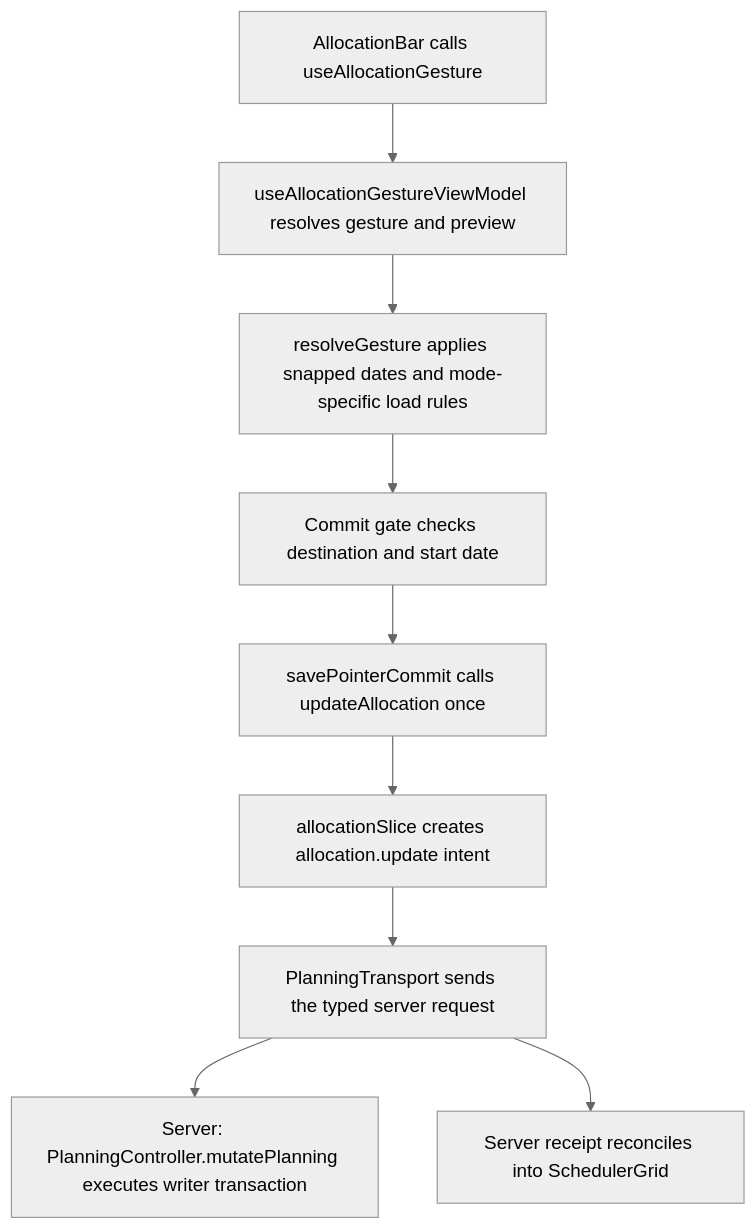
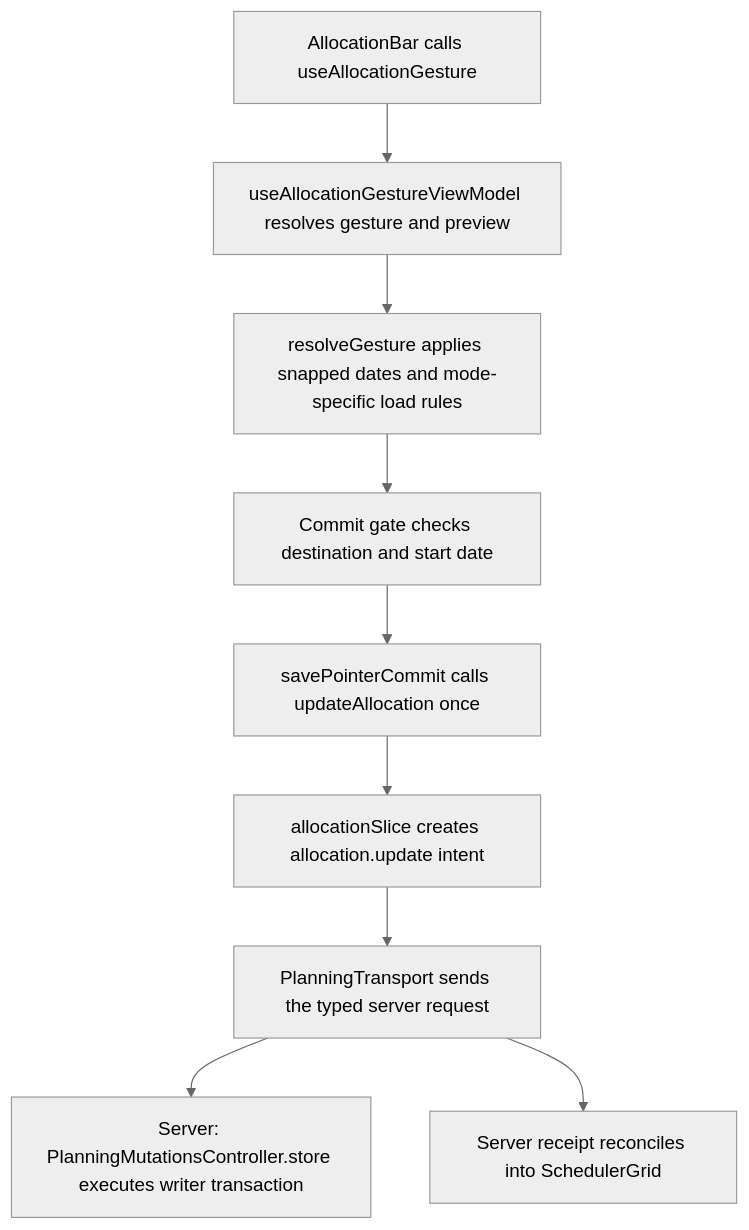
Before and after one commit to Kevinjohn/capacitylens: the second of 2 diagrams in user-stories/scheduler/US-SCH-05-resize.md, drawn with Mermaid (neutral theme). The commit also changed other lines of this file and 139 other files, not shown here.

````diff
--- a/user-stories/scheduler/US-SCH-05-resize.md
+++ b/user-stories/scheduler/US-SCH-05-resize.md
@@ -33,11 +33,11 @@
 ```mermaid
 flowchart TD
   A["AllocationBar calls useAllocationGesture"] --> B["useAllocationGestureViewModel resolves gesture and preview"]
   B --> C["resolveGesture applies snapped dates and mode-specific load rules"]
   C --> D["Commit gate checks destination and start date"]
   D --> E["savePointerCommit calls updateAllocation once"]
   E --> F["allocationSlice creates allocation.update intent"]
   F --> G["PlanningTransport sends the typed server request"]
-  G --> H["Server: PlanningController.mutatePlanning executes writer transaction"]
+  G --> H["Server: PlanningMutationsController.store executes writer transaction"]
   G --> I["Server receipt reconciles into SchedulerGrid"]
 ```
````
